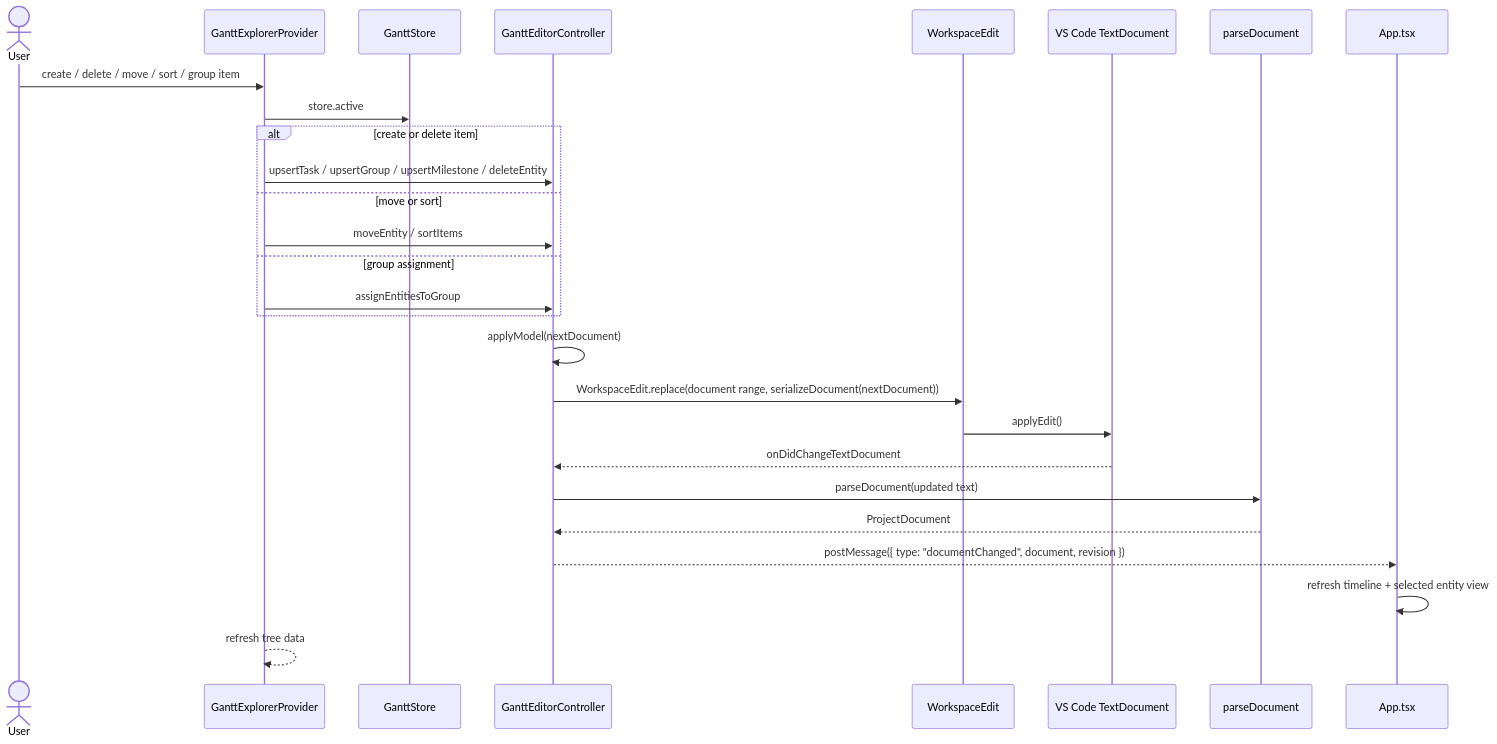
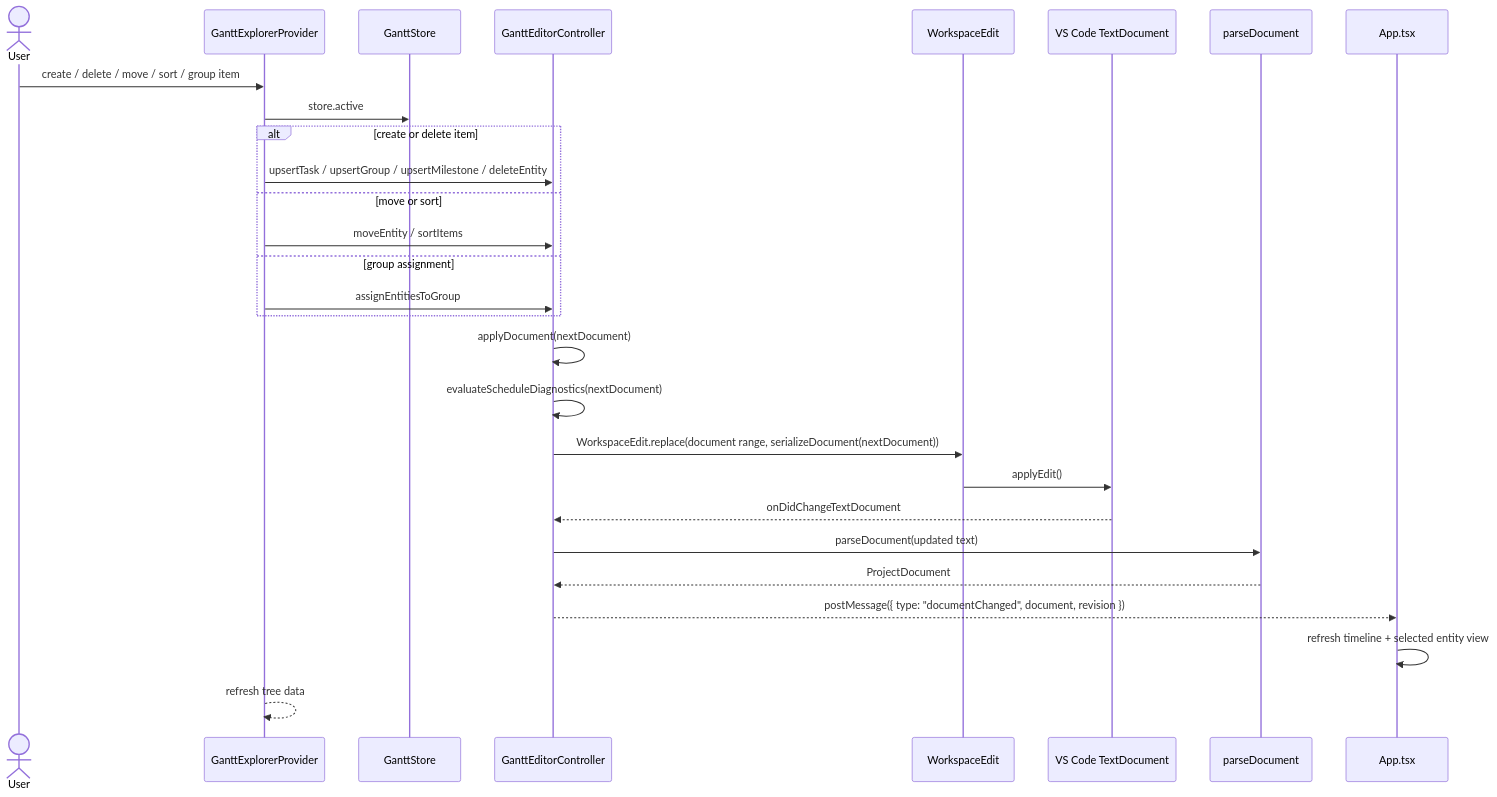
Before and after one commit to sergehas/ganttee: the fifth of 6 diagrams in docs/documentation/gantt-model-hydration.md, drawn with Mermaid. The commit also changed other lines of this file and 11 other files, not shown here.

````diff
--- a/docs/documentation/gantt-model-hydration.md
+++ b/docs/documentation/gantt-model-hydration.md
@@ -205,30 +217,31 @@
 ```mermaid
 sequenceDiagram
     actor User
     participant Tree as GanttExplorerProvider
     participant Store as GanttStore
     participant Ctrl as GanttEditorController
     participant Write as WorkspaceEdit
     participant VSC as VS Code TextDocument
     participant Parse as parseDocument
     participant App as App.tsx
 
     User->>Tree: create / delete / move / sort / group item
     Tree->>Store: store.active
     alt create or delete item
         Tree->>Ctrl: upsertTask / upsertGroup / upsertMilestone / deleteEntity
     else move or sort
         Tree->>Ctrl: moveEntity / sortItems
     else group assignment
         Tree->>Ctrl: assignEntitiesToGroup
     end
-    Ctrl->>Ctrl: applyModel(nextDocument)
+    Ctrl->>Ctrl: applyDocument(nextDocument)
+    Ctrl->>Ctrl: evaluateScheduleDiagnostics(nextDocument)
     Ctrl->>Write: WorkspaceEdit.replace(document range, serializeDocument(nextDocument))
     Write->>VSC: applyEdit()
     VSC-->>Ctrl: onDidChangeTextDocument
     Ctrl->>Parse: parseDocument(updated text)
     Parse-->>Ctrl: ProjectDocument
     Ctrl-->>App: postMessage({ type: "documentChanged", document, revision })
     App->>App: refresh timeline + selected entity view
     Tree-->>Tree: refresh tree data
 ```
````
